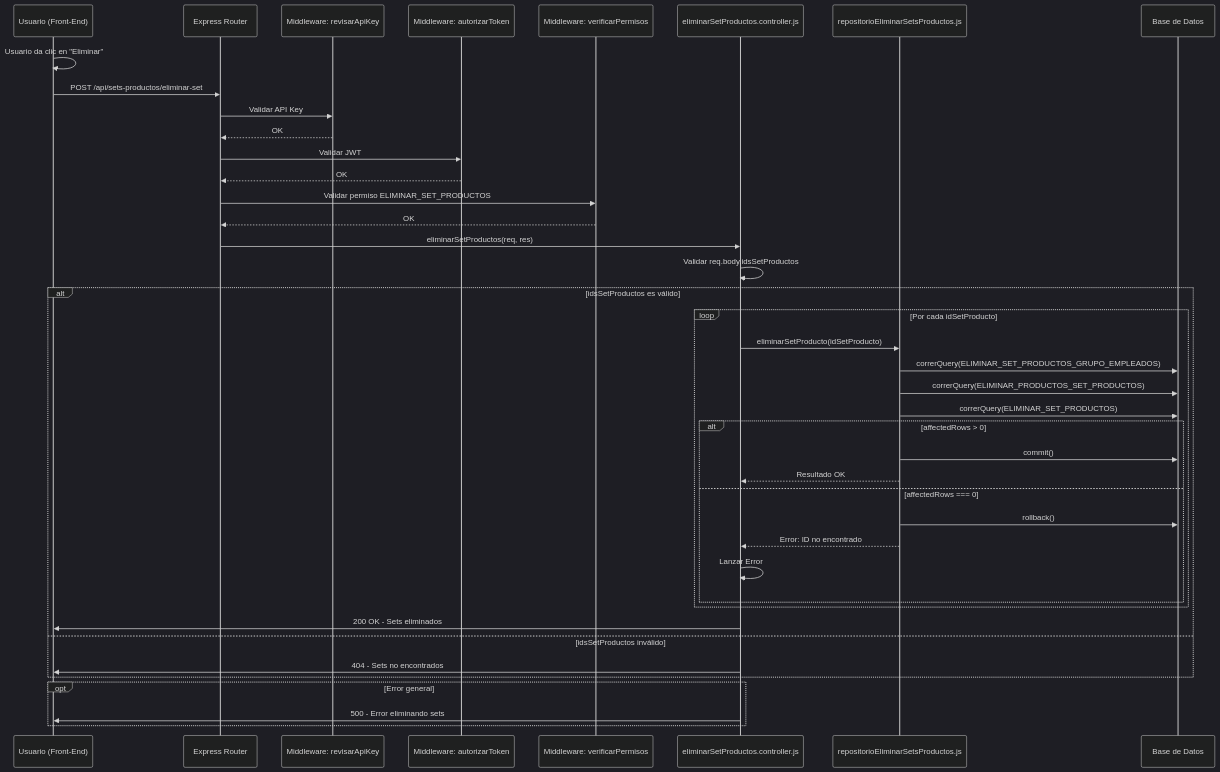
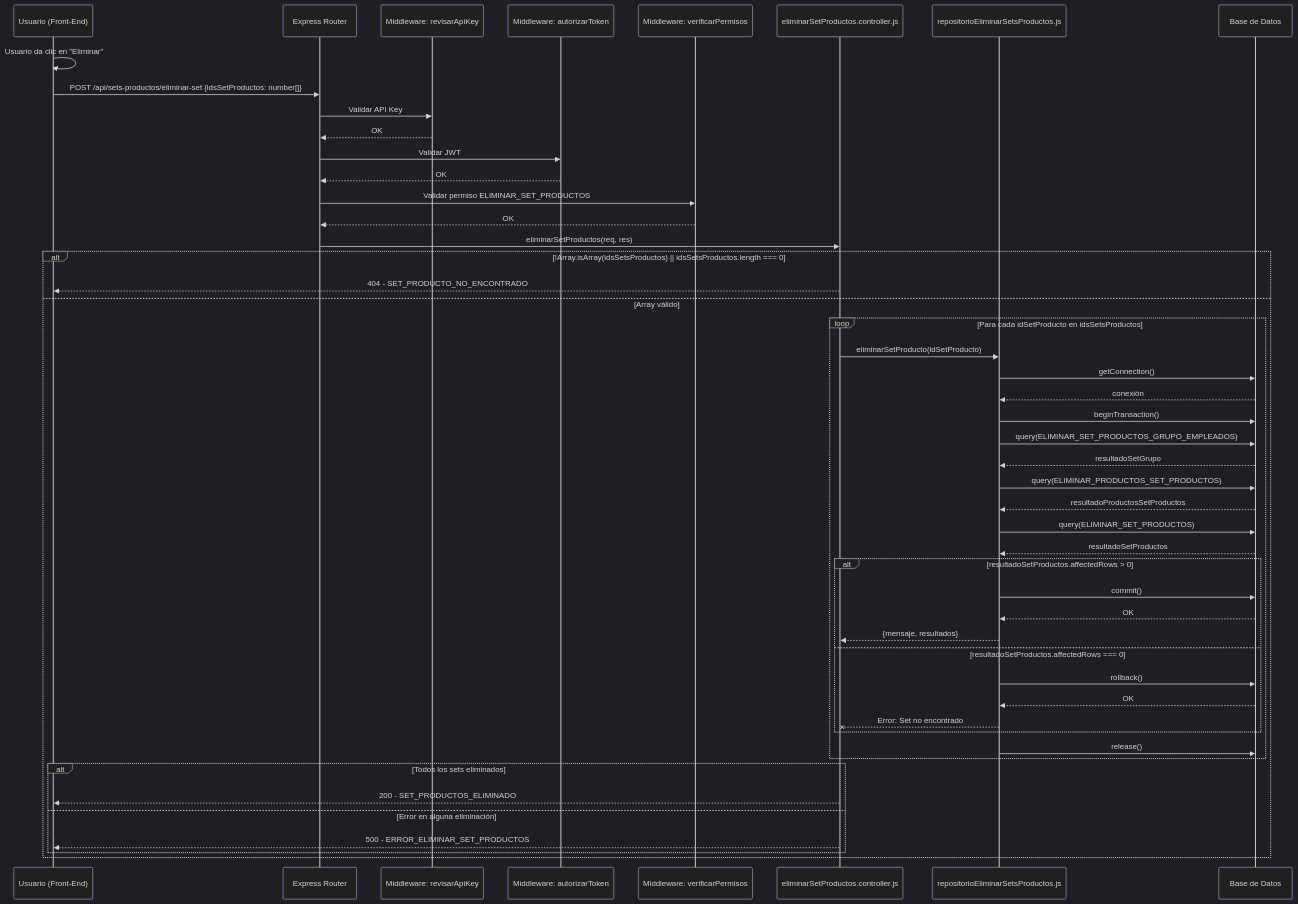
The diagram in documentation/docs/proyectos/textiles/documentacion/requisitos/RF45.md (CodeAnd-Co/Documentacion), drawn with Mermaid (dark theme) before and after one commit. The commit also changed 2 other files, not shown here.

Commit message:
Fix: Cambio de diagramas de secuencia requisitos 27,45,63

````diff
--- a/documentation/docs/proyectos/textiles/documentacion/requisitos/RF45.md
+++ b/documentation/docs/proyectos/textiles/documentacion/requisitos/RF45.md
@@ -29,50 +29,60 @@
 ```mermaid
 sequenceDiagram
     participant Frontend as Usuario (Front-End)
     participant Router as Express Router
     participant revisarApiKey as Middleware: revisarApiKey
     participant autorizarToken as Middleware: autorizarToken
     participant verificarPermisos as Middleware: verificarPermisos
     participant Controller as eliminarSetProductos.controller.js
     participant Repositorio as repositorioEliminarSetsProductos.js
     participant DB as Base de Datos
 
     Frontend->>Frontend: Usuario da clic en "Eliminar"
-    Frontend->>Router: POST /api/sets-productos/eliminar-set
+    Frontend->>Router: POST /api/sets-productos/eliminar-set {idsSetProductos: number[]}
     Router->>revisarApiKey: Validar API Key
     revisarApiKey-->>Router: OK
     Router->>autorizarToken: Validar JWT
     autorizarToken-->>Router: OK
     Router->>verificarPermisos: Validar permiso ELIMINAR_SET_PRODUCTOS
     verificarPermisos-->>Router: OK
     Router->>Controller: eliminarSetProductos(req, res)
 
-    Controller->>Controller: Validar req.body.idsSetProductos
+    alt !Array.isArray(idsSetsProductos) || idsSetsProductos.length === 0
+        Controller-->>Frontend: 404 - SET_PRODUCTO_NO_ENCONTRADO
+    else Array válido
+        loop Para cada idSetProducto en idsSetsProductos
+            Controller->>Repositorio: eliminarSetProducto(idSetProducto)
 
-    alt idsSetProductos es válido
-        loop Por cada idSetProducto
-            Controller->>Repositorio: eliminarSetProducto(idSetProducto)
-            Repositorio->>DB: correrQuery(ELIMINAR_SET_PRODUCTOS_GRUPO_EMPLEADOS)
-            Repositorio->>DB: correrQuery(ELIMINAR_PRODUCTOS_SET_PRODUCTOS)
-            Repositorio->>DB: correrQuery(ELIMINAR_SET_PRODUCTOS)
+            Repositorio->>DB: getConnection()
+            DB-->>Repositorio: conexión
+            Repositorio->>DB: beginTransaction()
 
-            alt affectedRows > 0
+            Repositorio->>DB: query(ELIMINAR_SET_PRODUCTOS_GRUPO_EMPLEADOS)
+            DB-->>Repositorio: resultadoSetGrupo
+
+            Repositorio->>DB: query(ELIMINAR_PRODUCTOS_SET_PRODUCTOS)
+            DB-->>Repositorio: resultadoProductosSetProductos
+
+            Repositorio->>DB: query(ELIMINAR_SET_PRODUCTOS)
+            DB-->>Repositorio: resultadoSetProductos
+
+            alt resultadoSetProductos.affectedRows > 0
                 Repositorio->>DB: commit()
-                Repositorio-->>Controller: Resultado OK
-            else affectedRows === 0
+                DB-->>Repositorio: OK
+                Repositorio-->>Controller: {mensaje, resultados}
+            else resultadoSetProductos.affectedRows === 0
                 Repositorio->>DB: rollback()
-                Repositorio-->>Controller: Error: ID no encontrado
-                Controller->>Controller: Lanzar Error
+                DB-->>Repositorio: OK
+                Repositorio--xController: Error: Set no encontrado
             end
+
+            Repositorio->>DB: release()
         end
 
-        Controller->>Frontend: 200 OK - Sets eliminados
-    else idsSetProductos inválido
-        Controller->>Frontend: 404 - Sets no encontrados
+        alt Todos los sets eliminados
+            Controller-->>Frontend: 200 - SET_PRODUCTOS_ELIMINADO
+        else Error en alguna eliminación
+            Controller-->>Frontend: 500 - ERROR_ELIMINAR_SET_PRODUCTOS
+        end
     end
-
-    opt Error general
-        Controller->>Frontend: 500 - Error eliminando sets
-    end
-
 ```
````
